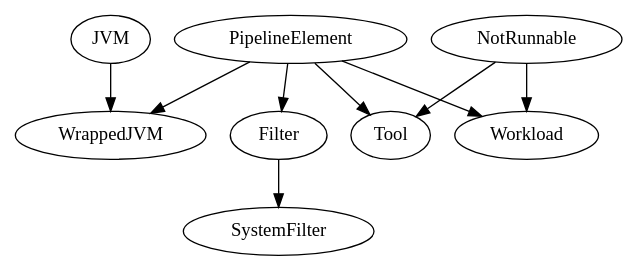
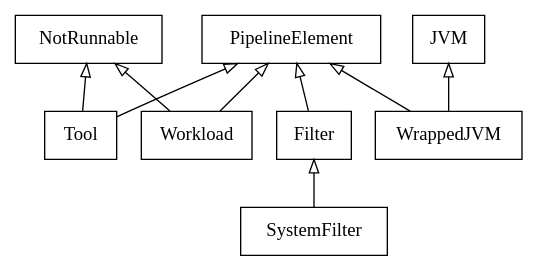
One commit to fhirschmann/penchy changed the diagram in docs/arch.rst. Above: the diagram before and after it, drawn with Graphviz.

Commit message:
doc: Use more UML-like diagrams.

```diff
--- a/docs/arch.rst
+++ b/docs/arch.rst
@@ -6,12 +6,20 @@
 .. graphviz::
 
     digraph Classes {
-        JVM -> WrappedJVM;
-        PipelineElement -> Tool;
-        PipelineElement -> Workload;
-        PipelineElement -> Filter;
-        Filter -> SystemFilter;
-        PipelineElement -> WrappedJVM;
-        NotRunnable -> Workload;
-        NotRunnable -> Tool;
+        rankdir = BT
+        node [shape=box]
+        edge [arrowhead = empty]
+
+        Tool -> NotRunnable
+        Tool -> PipelineElement
+
+        Filter -> PipelineElement
+        SystemFilter -> Filter
+
+        Workload -> NotRunnable
+        Workload -> PipelineElement
+
+        WrappedJVM -> JVM
+        WrappedJVM -> PipelineElement
+
     }
```
